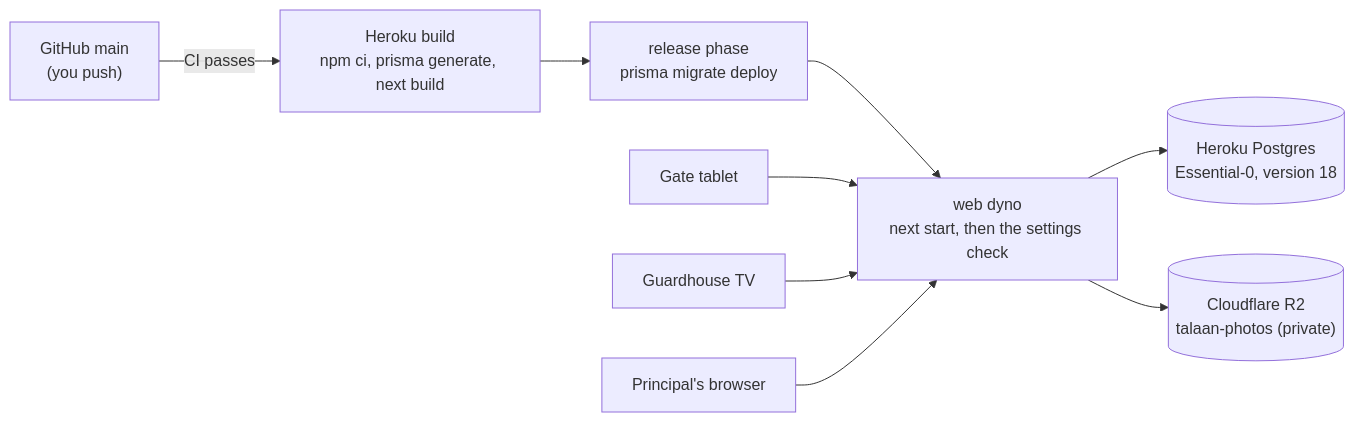
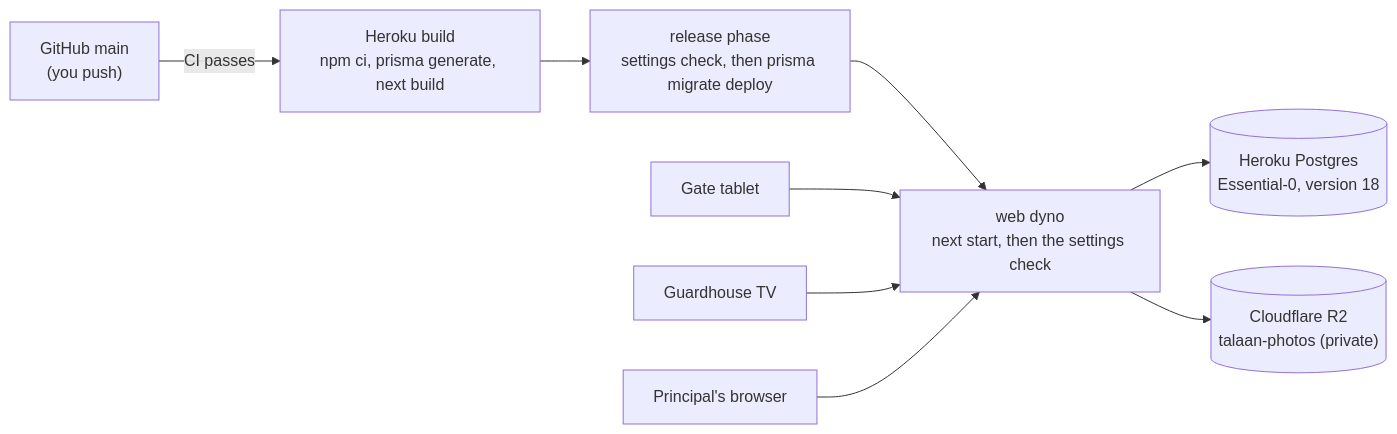
The diagram in docs/DEPLOY.md (psmacabulos/talaan), drawn with Mermaid before and after one commit. The commit also changed other lines of this file and 23 other files, not shown here.

````diff
--- a/docs/DEPLOY.md
+++ b/docs/DEPLOY.md
@@ -11,11 +11,11 @@
 ```mermaid
 flowchart LR
     GH["GitHub main<br/>(you push)"] -->|CI passes| H["Heroku build<br/>npm ci, prisma generate, next build"]
-    H --> R["release phase<br/>prisma migrate deploy"]
+    H --> R["release phase<br/>settings check, then prisma migrate deploy"]
     R --> Web["web dyno<br/>next start, then the settings check"]
     Web --> PG[("Heroku Postgres<br/>Essential-0, version 18")]
     Web --> R2[("Cloudflare R2<br/>talaan-photos (private)")]
     Tablet["Gate tablet"] --> Web
     TV["Guardhouse TV"] --> Web
     Staff["Principal's browser"] --> Web
 ```
````
